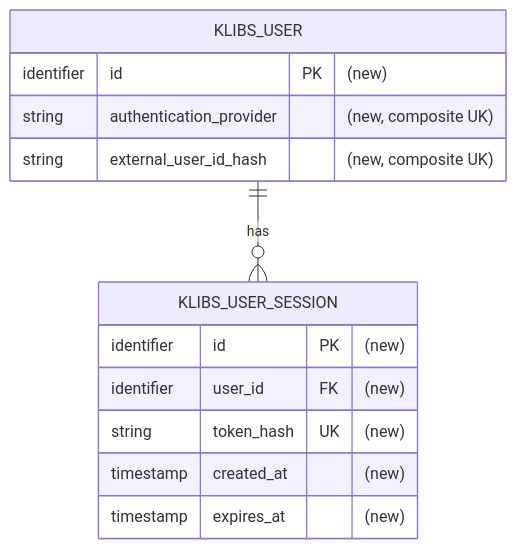
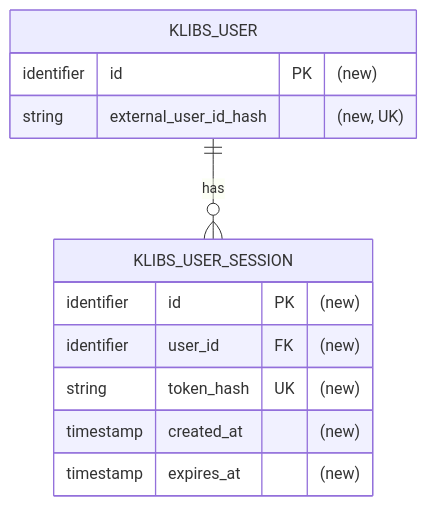
The diagram in docs/specs/jetbrains-hub-authentication/spec-collapsible.md (JetBrains/klibs-io), drawn with Mermaid before and after one commit. The commit also changed other lines of this file, not shown here.

Commit message:
fixup! KTL-4765: Add JetBrains Hub authentication specification

````diff
--- a/docs/specs/jetbrains-hub-authentication/spec-collapsible.md
+++ b/docs/specs/jetbrains-hub-authentication/spec-collapsible.md
@@ -749,16 +750,15 @@
 ```mermaid
 erDiagram
     KLIBS_USER ||--o{ KLIBS_USER_SESSION : has
     KLIBS_USER {
         identifier id PK "(new)"
-        string authentication_provider "(new, composite UK)"
-        string external_user_id_hash "(new, composite UK)"
+        string external_user_id_hash "(new, UK)"
     }
     KLIBS_USER_SESSION {
         identifier id PK "(new)"
         identifier user_id FK "(new)"
         string token_hash UK "(new)"
         timestamp created_at "(new)"
         timestamp expires_at "(new)"
     }
 ```
````
